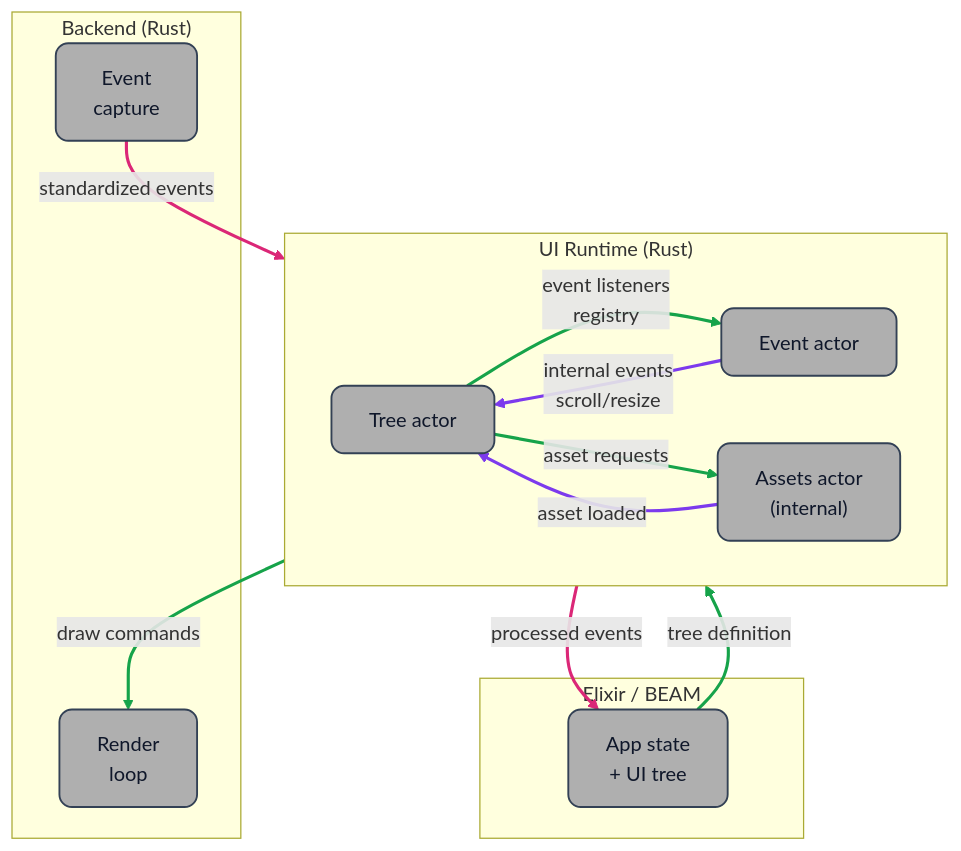
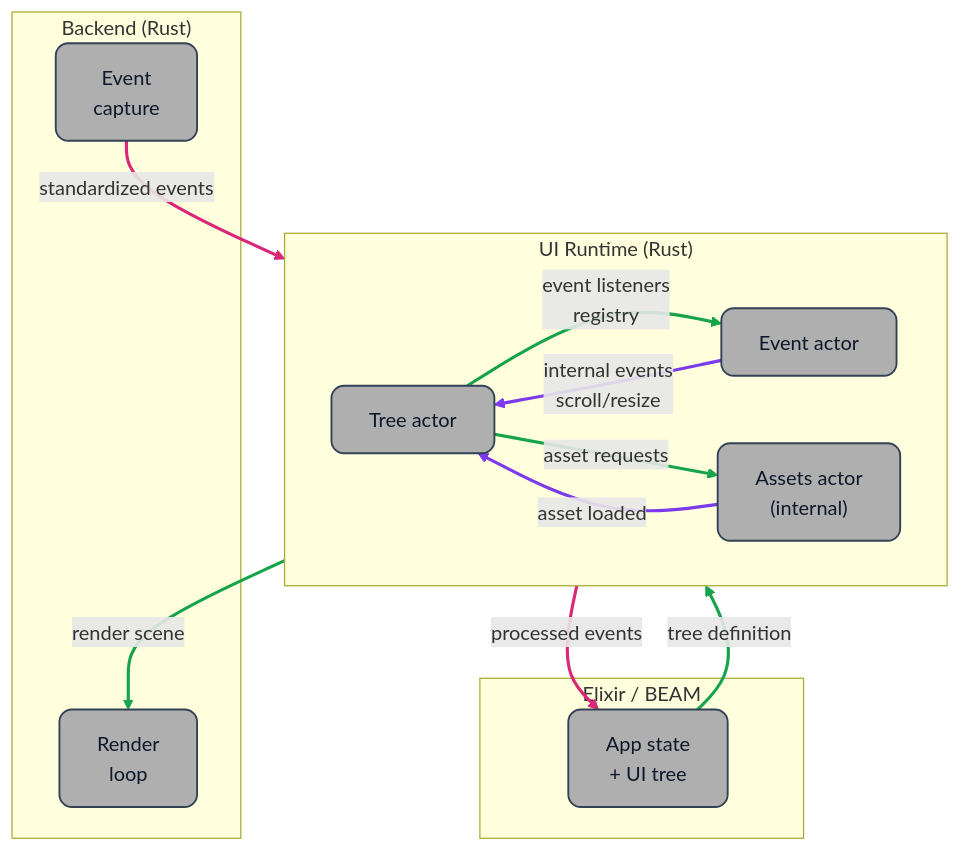
The diagram in guides/internals/architecture.md (emerge-elixir/emerge), drawn with Mermaid before and after one commit. The commit also changed other lines of this file and 23 other files, not shown here.

````diff
--- a/guides/internals/architecture.md
+++ b/guides/internals/architecture.md
@@ -42,43 +42,43 @@
 ```mermaid
 flowchart TD
   classDef node fill:#afafaf,stroke:#334155,stroke-width:1.5px,rx:10,ry:10,color:#0f172a;
   classDef dir1 stroke:#16a34a,stroke-width:2.5px;
   classDef dir2 stroke:#db2777,stroke-width:2.5px;
   classDef dir3 stroke:#7c3aed,stroke-width:2.5px;
 
   subgraph ELX["Elixir / BEAM"]
     APP["App state<br/>+ UI tree"]:::node
   end
 
   subgraph RUST["UI Runtime (Rust)"]
     direction LR
     TREE["Tree actor"]:::node
     EVENT["Event actor"]:::node
     ASSET["Assets actor<br/>(internal)"]:::node
 
     TREE e1@--> |event listeners<br/>registry| EVENT
     EVENT e2@--> |internal events<br/>scroll/resize| TREE
     TREE e3@--> |asset requests| ASSET
     ASSET e4@--> |asset loaded| TREE
 
     class e1 dir1
     class e2 dir3
     class e3 dir1
     class e4 dir3
   end
 
   subgraph BACK["Backend (Rust)"]
     EVENT_CAPTURE["Event<br/>capture"]:::node
     RENDER_LOOP["Render<br/>loop"]:::node
   end
 
   APP e31@--> |tree definition| TREE
   EVENT e32@--> |processed events| APP
-  TREE e33@--> |draw commands| RENDER_LOOP
+  TREE e33@--> |render scene| RENDER_LOOP
   EVENT_CAPTURE e34@--> |standardized events| EVENT
 
   class e31 dir1
   class e32 dir2
   class e33 dir1
   class e34 dir2
 ```
````
